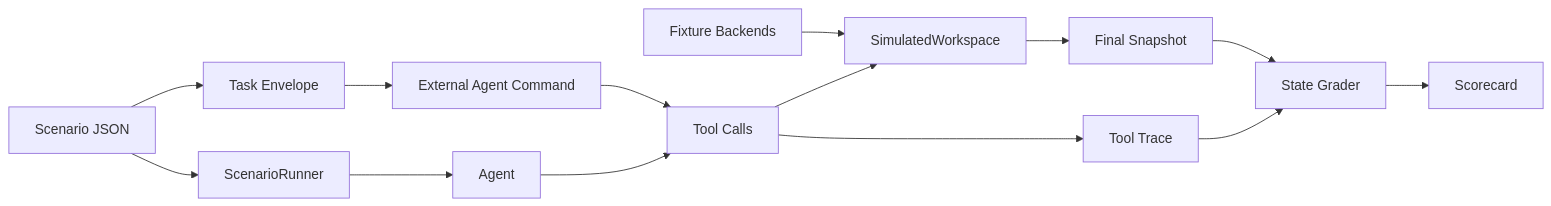
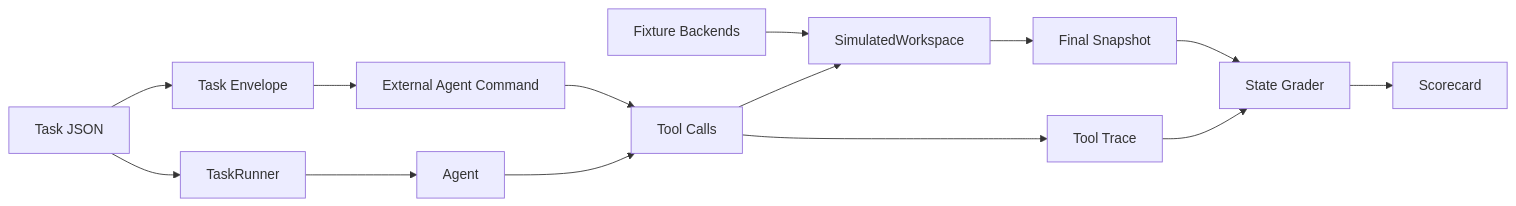
Before and after one commit to prajoria/openbb-workspace-bench: the diagram in docs/architecture.md, drawn with Mermaid. The commit also changed other lines of this file and 1125 other files, not shown here.

````diff
--- a/docs/architecture.md
+++ b/docs/architecture.md
@@ -14,16 +14,16 @@
 ```mermaid
 flowchart LR
-    Scenario["Scenario JSON"] --> Runner["ScenarioRunner"]
+    Task["Task JSON"] --> Runner["TaskRunner"]
     Fixtures["Fixture Backends"] --> Workspace["SimulatedWorkspace"]
-    Scenario --> Envelope["Task Envelope"]
+    Task --> Envelope["Task Envelope"]
     Envelope --> ExtAgent["External Agent Command"]
     Runner --> Agent["Agent"]
     ExtAgent --> ToolCalls
     Agent --> ToolCalls["Tool Calls"]
     ToolCalls --> Workspace
     Workspace --> Snapshot["Final Snapshot"]
     ToolCalls --> Trace["Tool Trace"]
     Snapshot --> Grader["State Grader"]
     Trace --> Grader
     Grader --> Result["Scorecard"]
 ```
````
